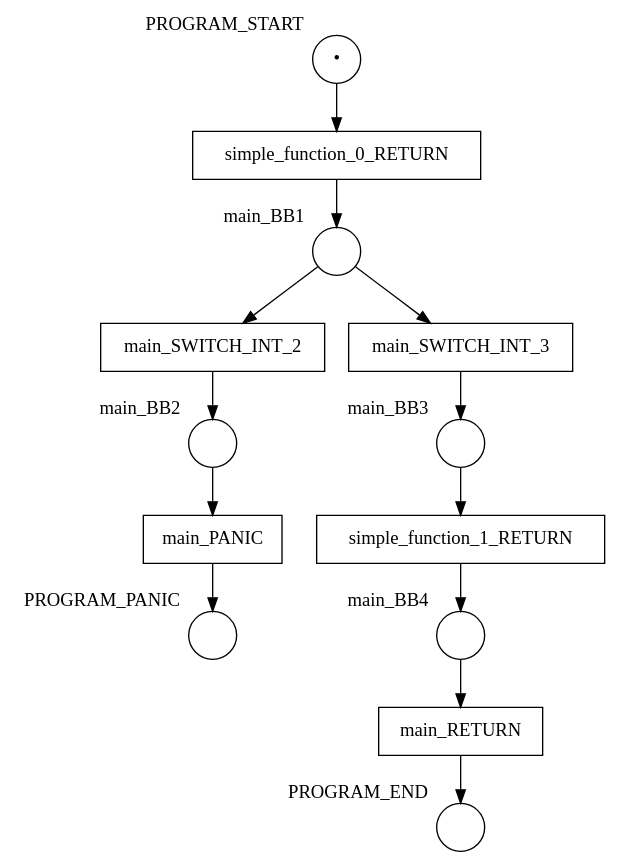
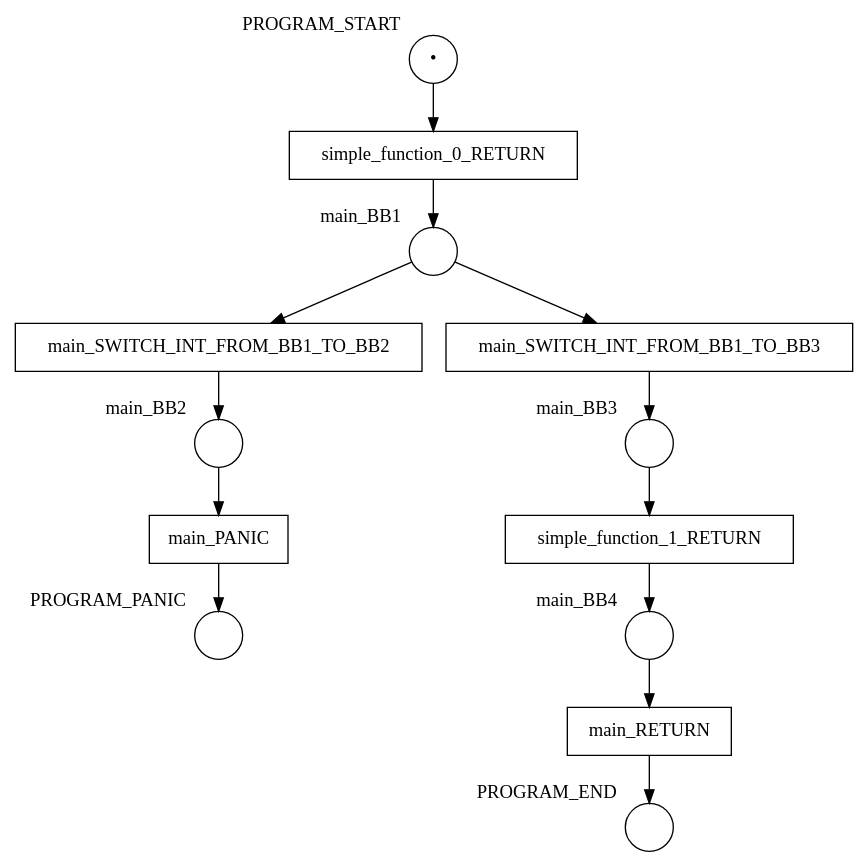
The diagram in examples/results/function_call/two_calls_same_function/net.dot (hlisdero/cargo-check-deadlock), drawn with Graphviz before and after one commit. The commit also changed 34 other files, not shown here.

```diff
--- a/examples/results/function_call/two_calls_same_function/net.dot
+++ b/examples/results/function_call/two_calls_same_function/net.dot
@@ -1,27 +1,27 @@
 digraph petrinet {
     PROGRAM_END [shape="circle" xlabel="PROGRAM_END" label=""];
     PROGRAM_PANIC [shape="circle" xlabel="PROGRAM_PANIC" label=""];
     PROGRAM_START [shape="circle" xlabel="PROGRAM_START" label="•"];
     main_BB1 [shape="circle" xlabel="main_BB1" label=""];
     main_BB2 [shape="circle" xlabel="main_BB2" label=""];
     main_BB3 [shape="circle" xlabel="main_BB3" label=""];
     main_BB4 [shape="circle" xlabel="main_BB4" label=""];
     main_PANIC [shape="box" xlabel="" label="main_PANIC"];
     main_RETURN [shape="box" xlabel="" label="main_RETURN"];
-    main_SWITCH_INT_2 [shape="box" xlabel="" label="main_SWITCH_INT_2"];
-    main_SWITCH_INT_3 [shape="box" xlabel="" label="main_SWITCH_INT_3"];
+    main_SWITCH_INT_FROM_BB1_TO_BB2 [shape="box" xlabel="" label="main_SWITCH_INT_FROM_BB1_TO_BB2"];
+    main_SWITCH_INT_FROM_BB1_TO_BB3 [shape="box" xlabel="" label="main_SWITCH_INT_FROM_BB1_TO_BB3"];
     simple_function_0_RETURN [shape="box" xlabel="" label="simple_function_0_RETURN"];
     simple_function_1_RETURN [shape="box" xlabel="" label="simple_function_1_RETURN"];
     PROGRAM_START -> simple_function_0_RETURN;
-    main_BB1 -> main_SWITCH_INT_2;
-    main_BB1 -> main_SWITCH_INT_3;
+    main_BB1 -> main_SWITCH_INT_FROM_BB1_TO_BB2;
+    main_BB1 -> main_SWITCH_INT_FROM_BB1_TO_BB3;
     main_BB2 -> main_PANIC;
     main_BB3 -> simple_function_1_RETURN;
     main_BB4 -> main_RETURN;
     main_PANIC -> PROGRAM_PANIC;
     main_RETURN -> PROGRAM_END;
-    main_SWITCH_INT_2 -> main_BB2;
-    main_SWITCH_INT_3 -> main_BB3;
+    main_SWITCH_INT_FROM_BB1_TO_BB2 -> main_BB2;
+    main_SWITCH_INT_FROM_BB1_TO_BB3 -> main_BB3;
     simple_function_0_RETURN -> main_BB1;
     simple_function_1_RETURN -> main_BB4;
 }
```
